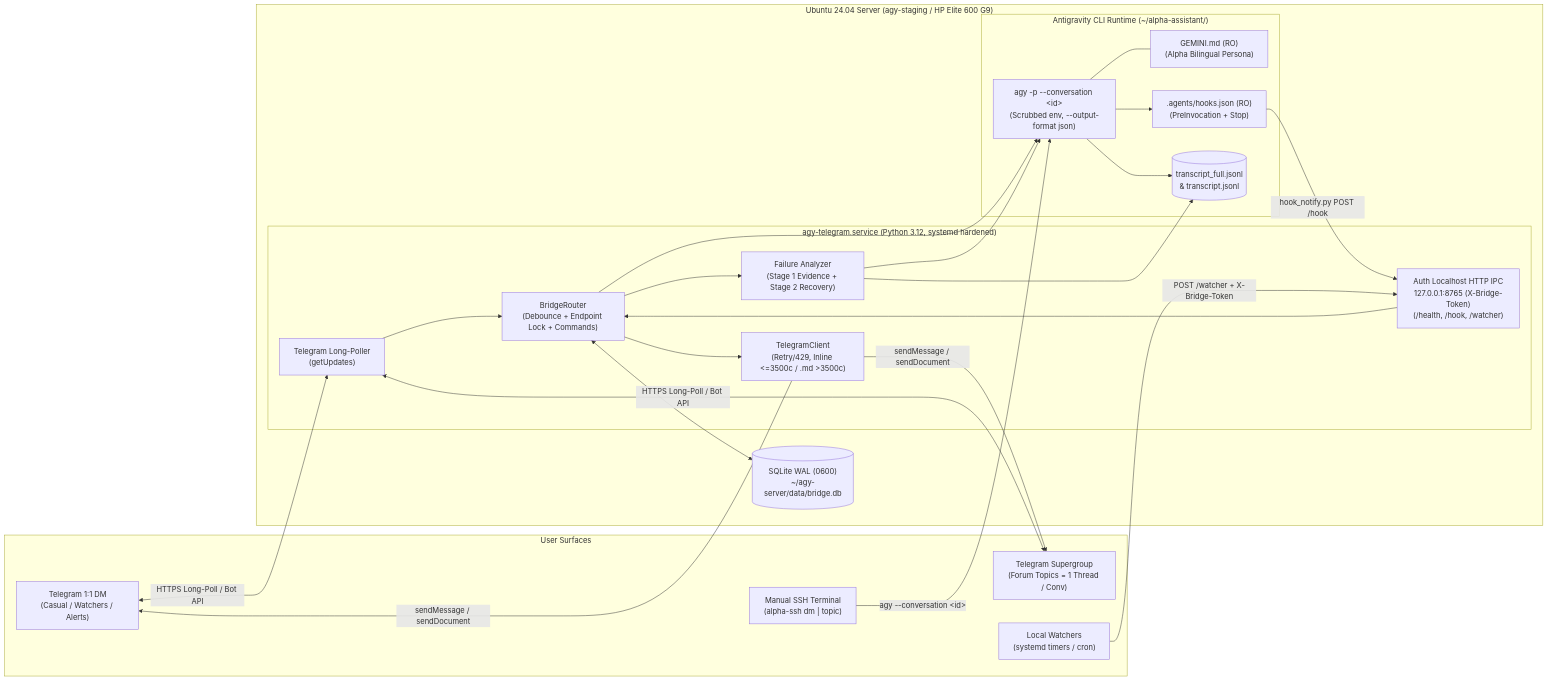
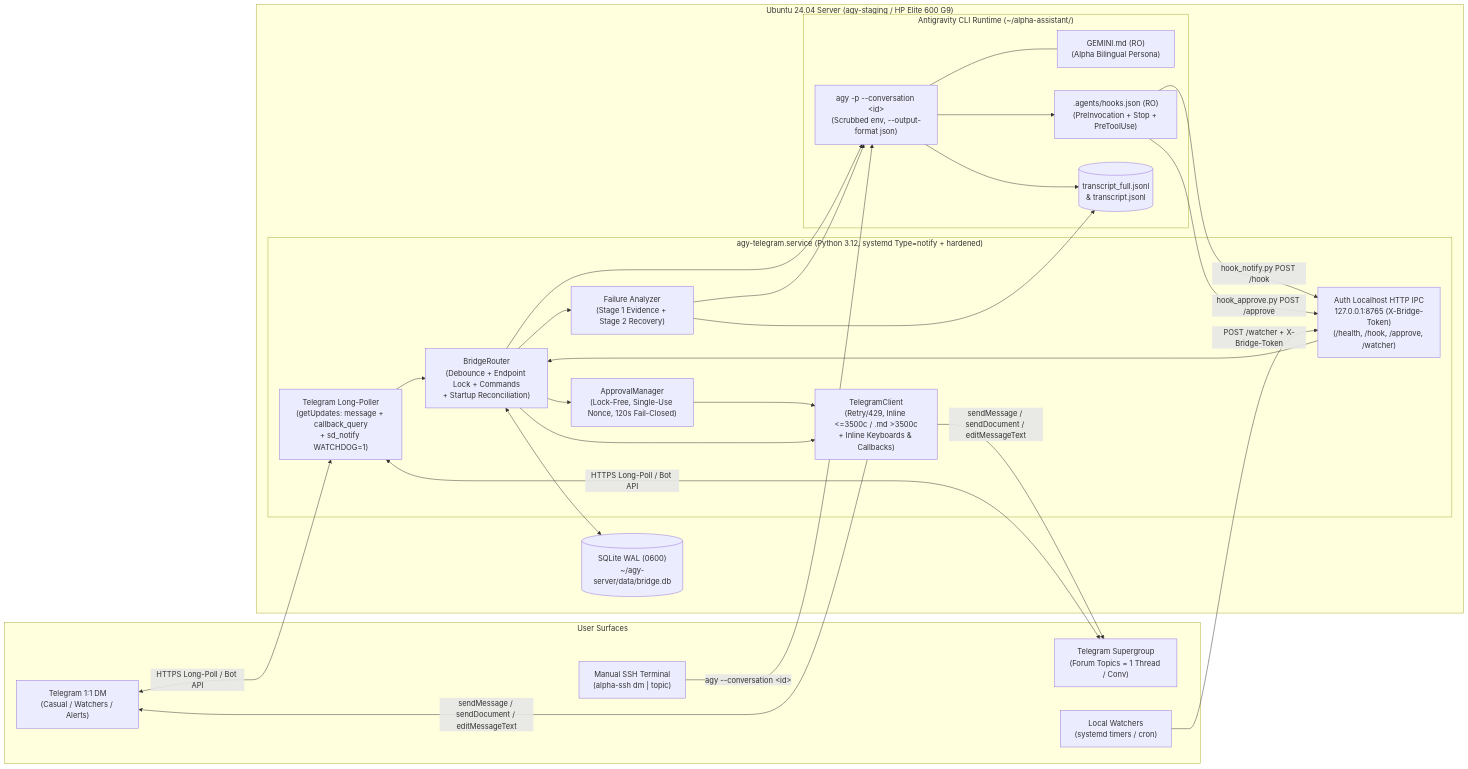
One commit to zyecheng/agy-home-server changed the first of 3 diagrams in docs/ARCHITECTURE.md. Above: the diagram before and after it, drawn with Mermaid. The commit also changed other lines of this file, not shown here.

Commit message:
docs(architecture): update diagrams and specs for v1.3 approvals, watchdog recovery, and E2E/stress suites

````diff
--- a/docs/ARCHITECTURE.md
+++ b/docs/ARCHITECTURE.md
@@ -25,48 +25,52 @@
 ```mermaid
 flowchart LR
     subgraph User["User Surfaces"]
         TG_DM["Telegram 1:1 DM\n(Casual / Watchers / Alerts)"]
         TG_SG["Telegram Supergroup\n(Forum Topics = 1 Thread / Conv)"]
         SSH["Manual SSH Terminal\n(alpha-ssh dm | topic)"]
         WATCH["Local Watchers\n(systemd timers / cron)"]
     end
 
     subgraph Server["Ubuntu 24.04 Server (agy-staging / HP Elite 600 G9)"]
-        subgraph Bridge["agy-telegram.service (Python 3.12, systemd hardened)"]
-            POLL["Telegram Long-Poller\n(getUpdates)"]
-            ROUTER["BridgeRouter\n(Debounce + Endpoint Lock + Commands)"]
-            IPC["Auth Localhost HTTP IPC\n127.0.0.1:8765 (X-Bridge-Token)\n(/health, /hook, /watcher)"]
+        subgraph Bridge["agy-telegram.service (Python 3.12, systemd Type=notify + hardened)"]
+            POLL["Telegram Long-Poller\n(getUpdates: message + callback_query\n+ sd_notify WATCHDOG=1)"]
+            ROUTER["BridgeRouter\n(Debounce + Endpoint Lock + Commands\n+ Startup Reconciliation)"]
+            APPROVE["ApprovalManager\n(Lock-Free, Single-Use Nonce, 120s Fail-Closed)"]
+            IPC["Auth Localhost HTTP IPC\n127.0.0.1:8765 (X-Bridge-Token)\n(/health, /hook, /approve, /watcher)"]
             FAIL["Failure Analyzer\n(Stage 1 Evidence + Stage 2 Recovery)"]
-            TGC["TelegramClient\n(Retry/429, Inline <=3500c / .md >3500c)"]
+            TGC["TelegramClient\n(Retry/429, Inline <=3500c / .md >3500c\n+ Inline Keyboards & Callbacks)"]
         end
 
         DB[("SQLite WAL (0600)\n~/agy-server/data/bridge.db")]
 
         subgraph AGY["Antigravity CLI Runtime (~/alpha-assistant/)"]
             CLI["agy -p --conversation &lt;id&gt;\n(Scrubbed env, --output-format json)"]
             GEMINI["GEMINI.md (RO)\n(Alpha Bilingual Persona)"]
-            HOOKS[".agents/hooks.json (RO)\n(PreInvocation + Stop)"]
+            HOOKS[".agents/hooks.json (RO)\n(PreInvocation + Stop + PreToolUse)"]
             LOG[("transcript_full.jsonl\n&amp; transcript.jsonl")]
         end
     end
 
     TG_DM <-->|HTTPS Long-Poll / Bot API| POLL
     TG_SG <-->|HTTPS Long-Poll / Bot API| POLL
     POLL --> ROUTER
     ROUTER <--> DB
+    ROUTER --> APPROVE
+    APPROVE --> TGC
     ROUTER --> CLI
     CLI --- GEMINI
     CLI --> LOG
     CLI --> HOOKS
     ROUTER --> FAIL
     FAIL --> LOG
     FAIL --> CLI
     ROUTER --> TGC
-    TGC -->|sendMessage / sendDocument| TG_DM
-    TGC -->|sendMessage / sendDocument| TG_SG
+    TGC -->|sendMessage / sendDocument / editMessageText| TG_DM
+    TGC -->|sendMessage / sendDocument / editMessageText| TG_SG
 
     SSH -->|agy --conversation &lt;id&gt;| CLI
     HOOKS -->|hook_notify.py POST /hook| IPC
+    HOOKS -->|hook_approve.py POST /approve| IPC
     IPC --> ROUTER
     WATCH -->|POST /watcher + X-Bridge-Token| IPC
 ```
````
